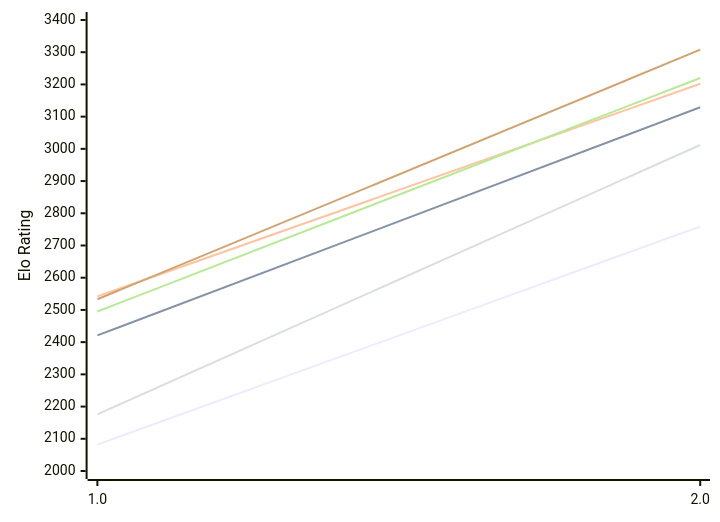
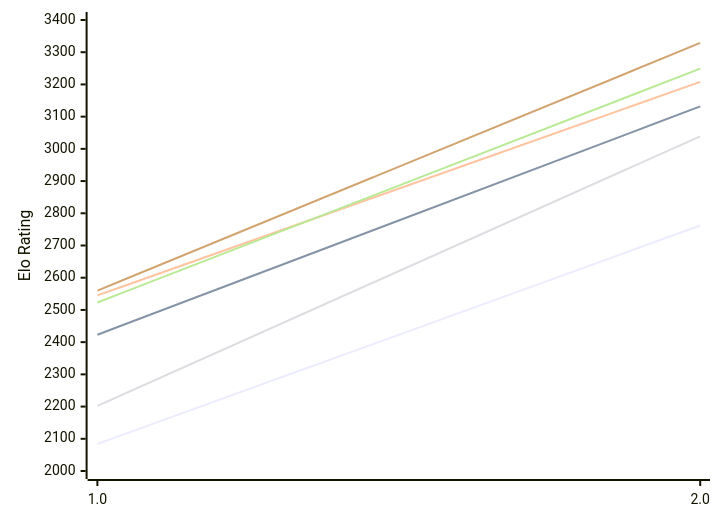
The diagram in engines/Scarlet.md (computer-chess-index/cci), drawn with Mermaid before and after one commit. The commit also changed other lines of this file, not shown here.

Commit message:
Update CCI Ratings (ELO VLTC) - 2026-10-21

````diff
--- a/engines/Scarlet.md
+++ b/engines/Scarlet.md
@@ -49,12 +49,12 @@
 ```mermaid
 %%{init: {"theme":"base","themeVariables":{"seriesColors:['#a3a3a3','#222221','#faa371']}}}%%
 xychart-beta
   x-axis ["1.0", "2.0"]
   y-axis "Elo Rating" 2000 --> 3400
-  line "E1: STC (8.0+0.08s)" [2082, 2759]
-  line "E1: LTC (60.0+0.60s)" [2421, 3129]
-  line "E1: VLTC (2m24s+1.12s)" [2542, 3202]
-  line "P1: STC (8.0+0.08s)" [2176, 3012]
-  line "P1: LTC (60.0+0.60s)" [2495, 3220]
-  line "P1: VLTC (2m24s+1.12s)" [2533, 3308]
+  line "E1: STC (8.0+0.08s)" [2084, 2762]
+  line "E1: LTC (60.0+0.60s)" [2423, 3132]
+  line "E1: VLTC (2m24s+1.12s)" [2545, 3208]
+  line "P1: STC (8.0+0.08s)" [2202, 3039]
+  line "P1: LTC (60.0+0.60s)" [2523, 3249]
+  line "P1: VLTC (2m24s+1.12s)" [2560, 3329]
 ```
````
